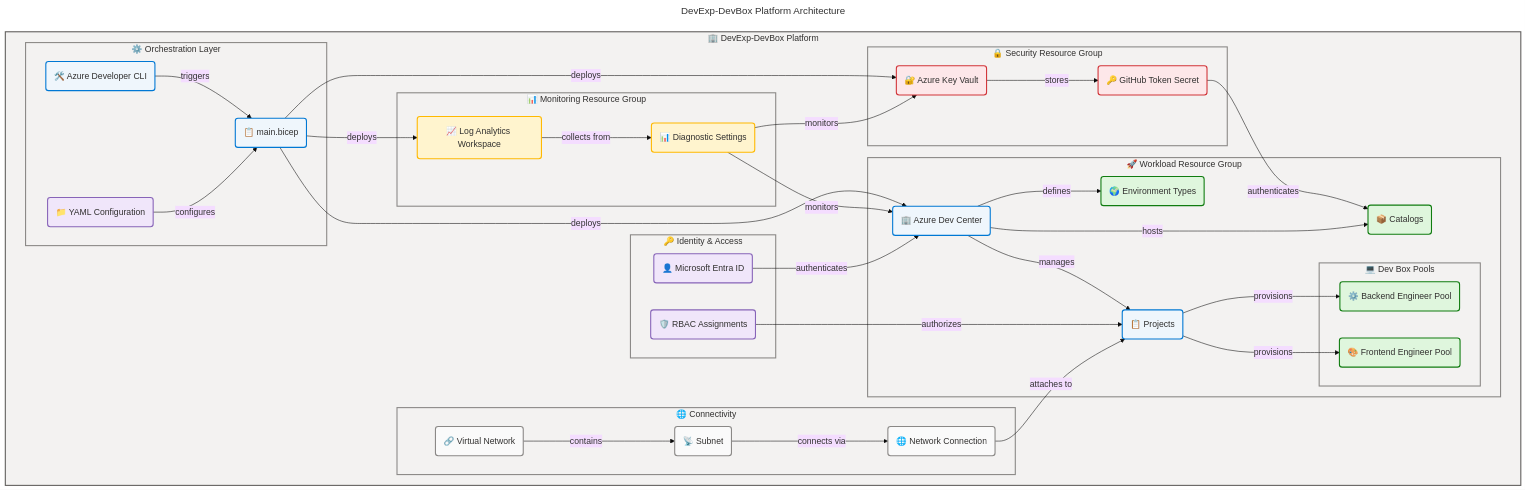
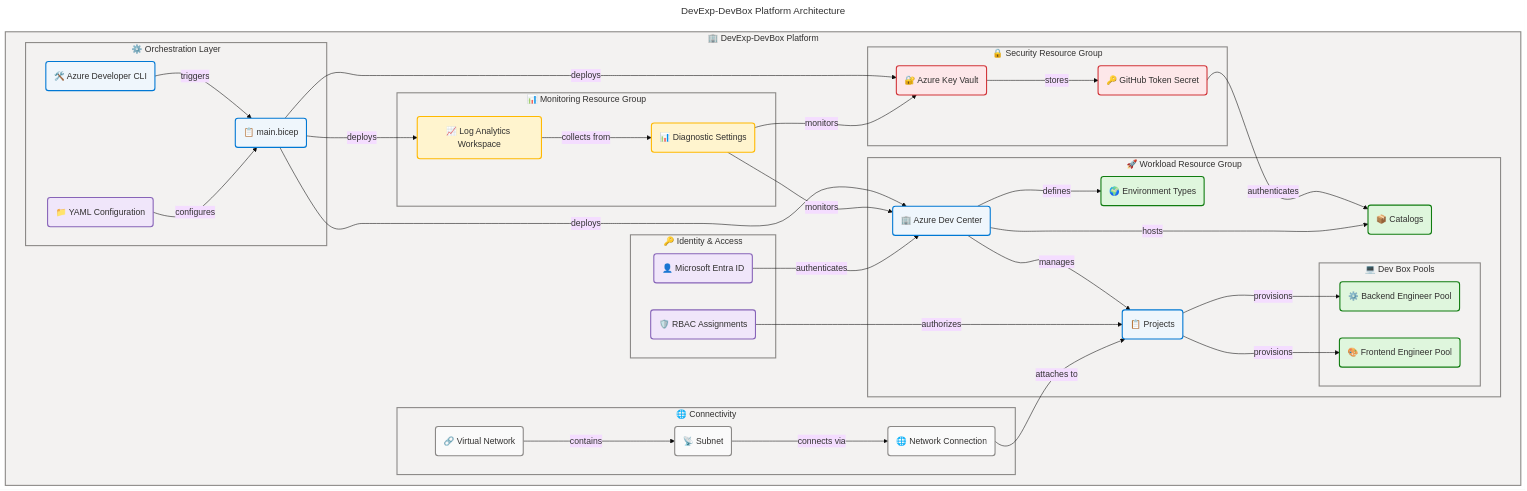
Before and after one commit to Evilazaro/DevExp-DevBox: the diagram in README.md, drawn with Mermaid. The commit also changed other lines of this file, not shown here.

```diff
--- a/README.md
+++ b/README.md
@@ -64,10 +63,11 @@
     fontSize: '16px'
   flowchart:
     htmlLabels: true
+    curve: cardinal
 ---
 flowchart TB
     accTitle: DevExp-DevBox Platform Architecture
-    accDescr: Architecture diagram showing the Azure Dev Box accelerator components organized by Landing Zone resource groups with their relationships and data flows
+    accDescr: Azure Dev Box accelerator components organized by Landing Zone resource groups with relationships and data flows
 
     %% ═══════════════════════════════════════════════════════════════════════════
     %% AZURE / FLUENT ARCHITECTURE PATTERN v1.1
@@ -151,7 +151,7 @@
     classDef danger   fill:#FDE7E9,stroke:#D13438,stroke-width:2px,color:#323130
     classDef data     fill:#F0E6FA,stroke:#8764B8,stroke-width:2px,color:#323130
 
-    style platform fill:#F3F2F1,stroke:#605E5C,stroke-width:2px,color:#323130
+    style platform fill:#F3F2F1,stroke:#8A8886,stroke-width:2px,color:#323130
     style orchestration fill:#F3F2F1,stroke:#8A8886,stroke-width:2px,color:#323130
     style securityRG fill:#F3F2F1,stroke:#8A8886,stroke-width:2px,color:#323130
     style monitoringRG fill:#F3F2F1,stroke:#8A8886,stroke-width:2px,color:#323130
```
